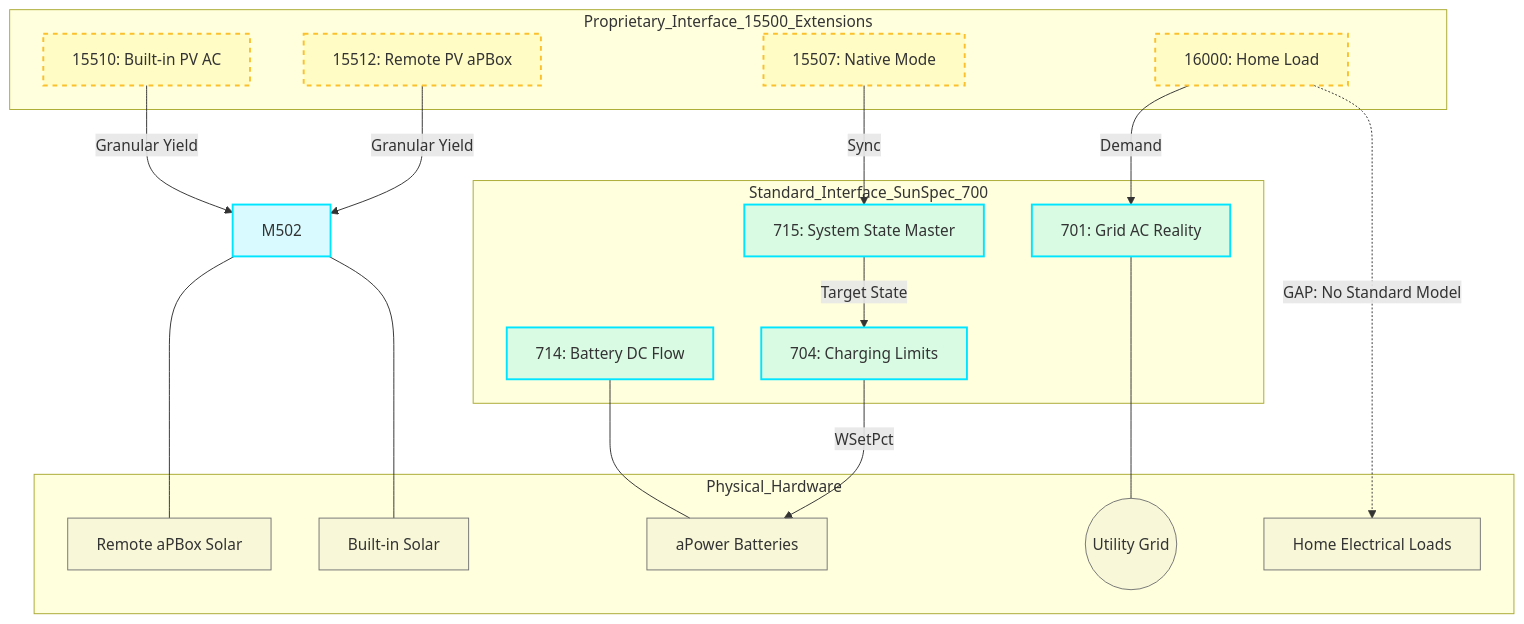
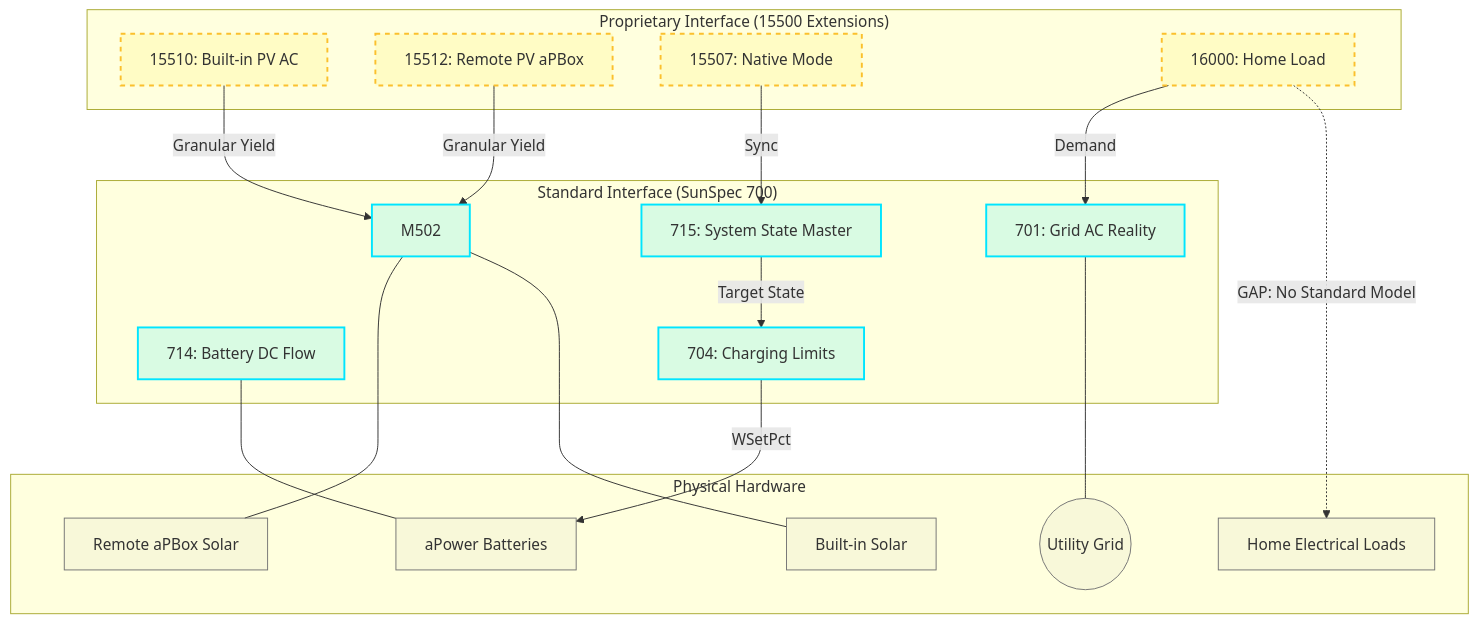
One commit to balloobbot/franklinwh-modbus changed the diagram in docs/SUNSPEC_700_INTEROP_GUIDE.md. Above: the diagram before and after it, drawn with Mermaid.

Commit message:
docs: prevent Mermaid text truncation with explicit double quotes and space padding
- Enclosed all labels, subgraph names, and connection line descriptors inside double quotes with extra padding spaces to force a wider bounding box rendering.
- Explicitly defined the M502 node inside the Standard Interface subgraph to ensure it renders with padded styling rather than generic truncation.
- Verified test suite and pushed modifications to remote develop branch.

````diff
--- a/docs/SUNSPEC_700_INTEROP_GUIDE.md
+++ b/docs/SUNSPEC_700_INTEROP_GUIDE.md
@@ -21,47 +21,48 @@
 ```mermaid
 graph TD
-    subgraph Standard_Interface_SunSpec_700
-        M701[701: Grid AC Reality]
-        M714[714: Battery DC Flow]
-        M704[704: Charging Limits]
-        M715[715: System State Master]
+    subgraph Standard_Interface_SunSpec_700 [" Standard Interface (SunSpec 700) "]
+        M701[" 701: Grid AC Reality "]
+        M714[" 714: Battery DC Flow "]
+        M704[" 704: Charging Limits "]
+        M715[" 715: System State Master "]
+        M502[" M502 "]
     end
 
-    subgraph Proprietary_Interface_15500_Extensions
-        EXT_PV_AC[15510: Built-in PV AC]
-        EXT_PV_REM[15512: Remote PV aPBox]
-        EXT_MODE[15507: Native Mode]
-        EXT_LOAD[16000: Home Load]
+    subgraph Proprietary_Interface_15500_Extensions [" Proprietary Interface (15500 Extensions) "]
+        EXT_PV_AC[" 15510: Built-in PV AC "]
+        EXT_PV_REM[" 15512: Remote PV aPBox "]
+        EXT_MODE[" 15507: Native Mode "]
+        EXT_LOAD[" 16000: Home Load "]
     end
 
-    subgraph Physical_Hardware
-        GRID((Utility Grid))
-        PV_INT[Built-in Solar]
-        PV_EXT[Remote aPBox Solar]
-        BAT[aPower Batteries]
-        LOADS[Home Electrical Loads]
+    subgraph Physical_Hardware [" Physical Hardware "]
+        GRID((" Utility Grid "))
+        PV_INT[" Built-in Solar "]
+        PV_EXT[" Remote aPBox Solar "]
+        BAT[" aPower Batteries "]
+        LOADS[" Home Electrical Loads "]
     end
 
     %% Standard Logic
-    M715 -->|Target State| M704
-    M704 -->|WSetPct| BAT
+    M715 -->|" Target State "| M704
+    M704 -->|" WSetPct "| BAT
     M714 --- BAT
     M701 --- GRID
     M502 --- PV_INT
     M502 --- PV_EXT
 
     %% Extension Logic (Filling the Gaps)
-    EXT_PV_AC -->|Granular Yield| M502
-    EXT_PV_REM -->|Granular Yield| M502
-    EXT_LOAD -.->|GAP: No Standard Model| LOADS
-    EXT_MODE -->|Sync| M715
-    EXT_LOAD -->|Demand| M701
+    EXT_PV_AC -->|" Granular Yield "| M502
+    EXT_PV_REM -->|" Granular Yield "| M502
+    EXT_LOAD -.->|" GAP: No Standard Model "| LOADS
+    EXT_MODE -->|" Sync "| M715
+    EXT_LOAD -->|" Demand "| M701
 
     classDef standard fill:#00e5ff26,stroke:#00e5ff,stroke-width:2px;
     classDef extension fill:#ffeb3b26,stroke:#fbc02d,stroke-dasharray:5 5,stroke-width:2px;
     classDef physical fill:#7878780d,stroke:#757575,stroke-width:1px;
 
     class M701,M714,M704,M715,M502 standard;
     class EXT_PV_AC,EXT_PV_REM,EXT_MODE,EXT_LOAD extension;
     class GRID,PV_INT,PV_EXT,BAT,LOADS physical;
 ```
````
